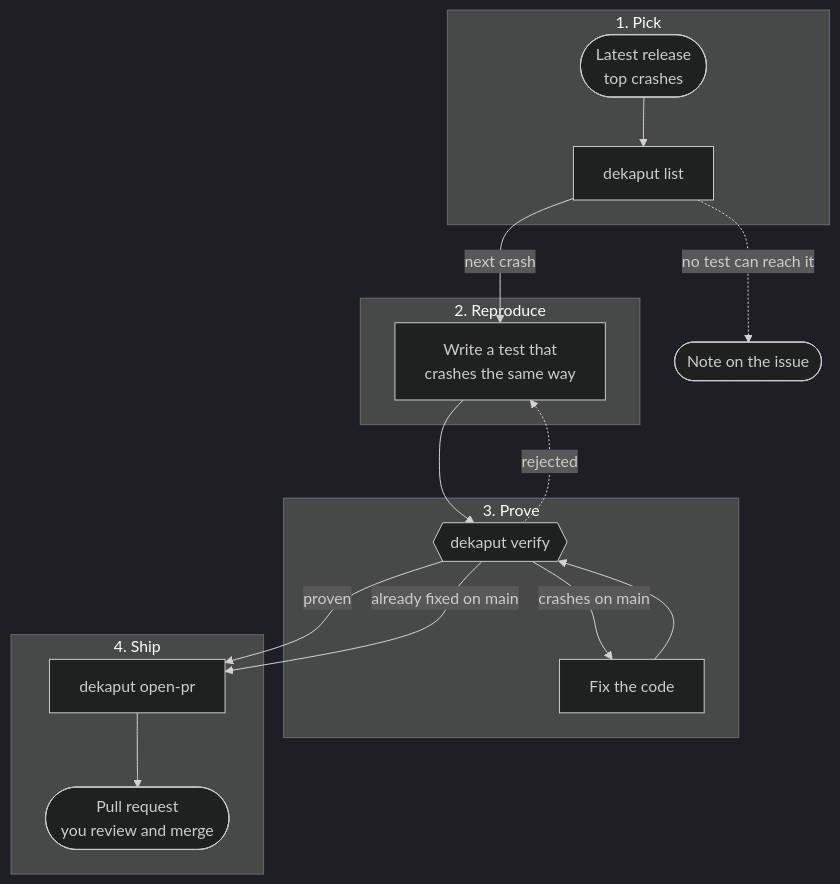
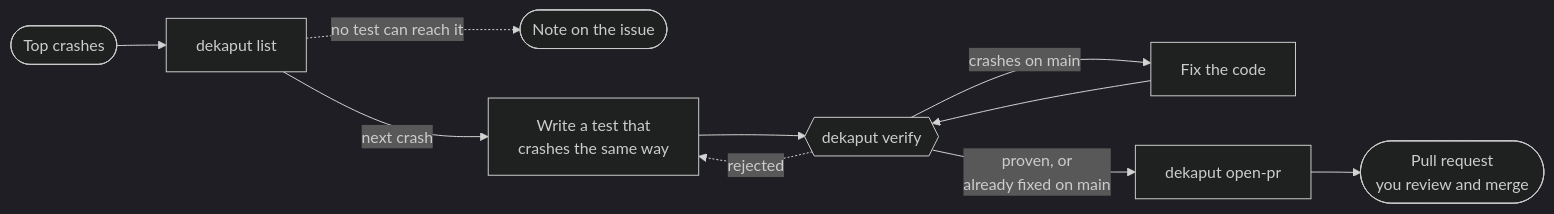
One commit to vaazh-studios/de-kaput changed the diagram in README.md. Above: the diagram before and after it, drawn with Mermaid (dark theme).

Commit message:
docs: a page-wide diagram with every outcome

````diff
--- a/README.md
+++ b/README.md
@@ -11,24 +11,12 @@
 ```mermaid
-flowchart TB
-    subgraph pick ["1. Pick"]
-        A([Latest release<br/>top crashes]) --> B[dekaput list]
-    end
-    subgraph repro ["2. Reproduce"]
-        C[Write a test that<br/>crashes the same way]
-    end
-    subgraph prove ["3. Prove"]
-        D{{dekaput verify}}
-        E[Fix the code]
-    end
-    subgraph ship ["4. Ship"]
-        F[dekaput open-pr] --> G([Pull request<br/>you review and merge])
-    end
-    B -->|next crash| C
+flowchart LR
+    A([Top crashes]) --> B[dekaput list]
     B -.->|no test can reach it| N([Note on the issue])
-    C --> D
-    D -->|crashes on main| E
+    B -->|next crash| C[Write a test that<br/>crashes the same way]
+    C --> D{{dekaput verify}}
+    D -->|crashes on main| E[Fix the code]
     E --> D
-    D -->|proven| F
-    D -->|already fixed on main| F
     D -.->|rejected| C
+    D -->|proven, or<br/>already fixed on main| F[dekaput open-pr]
+    F --> G([Pull request<br/>you review and merge])
 ```
````
